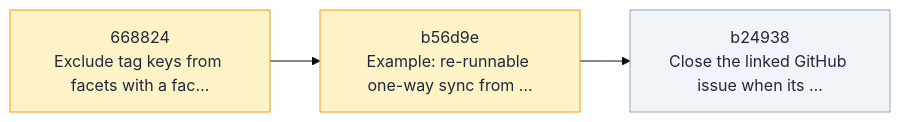
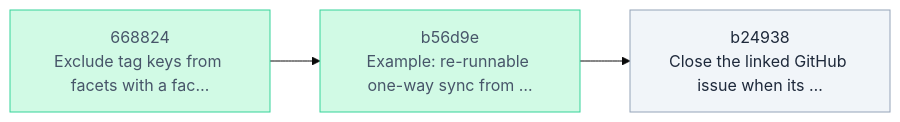
Before and after one commit to Vitund-AI/skald: the diagram in .skald/README.md, drawn with Mermaid (base theme). The commit also changed other lines of this file and 7 other files, not shown here.

````diff
--- a/.skald/README.md
+++ b/.skald/README.md
@@ -16,12 +16,12 @@
 ```mermaid
 flowchart LR
     n_668824["668824<br/>Exclude tag keys from facets with a fac…"]
     n_b24938["b24938<br/>Close the linked GitHub issue when its …"]
     n_b56d9e["b56d9e<br/>Example: re-runnable one-way sync from …"]
     n_b56d9e --> n_b24938
     n_668824 --> n_b56d9e
     classDef backlog fill:#f1f5f9,stroke:#94a3b8,color:#1e293b
-    classDef active fill:#fef3c7,stroke:#f59e0b,color:#1e293b
+    classDef done fill:#d1fae5,stroke:#34d399,color:#475569
     class n_b24938 backlog
-    class n_668824,n_b56d9e active
+    class n_668824,n_b56d9e done
 ```
````
